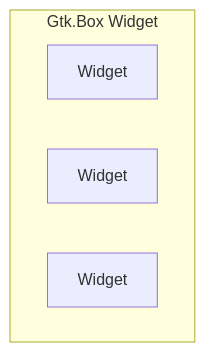
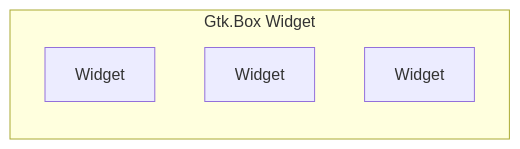
One commit to anthonyirwin82/anthonyirwin.com changed the first of 4 diagrams in content/blog/tech/programming/csharp/using-gtk4-with-csharp-and-gircore-boxlayout-tutorial.md. Above: the diagram before and after it, drawn with Mermaid.

Commit message:
fixed issue with mermaid diagram not being horizontal

````diff
--- a/content/blog/tech/programming/csharp/using-gtk4-with-csharp-and-gircore-boxlayout-tutorial.md
+++ b/content/blog/tech/programming/csharp/using-gtk4-with-csharp-and-gircore-boxlayout-tutorial.md
@@ -292,9 +292,9 @@
 ```mermaid
-graph TD
+graph LR
     parent[Gtk.Box Widget]
     subgraph parent[Gtk.Box Widget]
         box1[Widget]
         box2[Widget]
         box3[Widget]
     end
 ```
````
